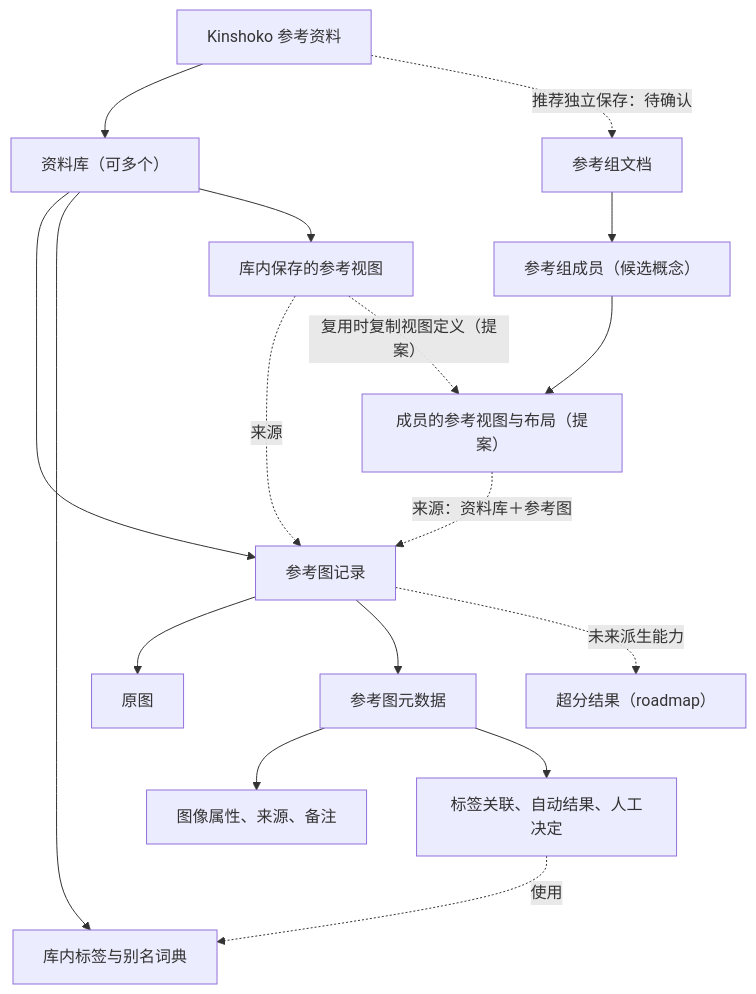
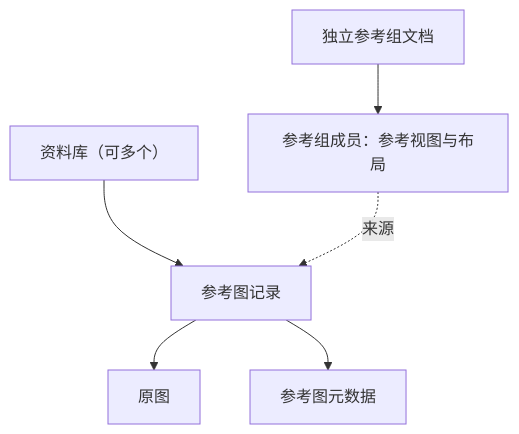
The diagram in docs/discovery/data-hierarchy.md (Yukk1No/kinshoko), drawn with Mermaid before and after one commit. The commit also changed other lines of this file and 4 other files, not shown here.

````diff
--- a/docs/discovery/data-hierarchy.md
+++ b/docs/discovery/data-hierarchy.md
@@ -19,19 +7,8 @@
 ```mermaid
 flowchart TB
-    K["Kinshoko 参考资料"] --> L["资料库（可多个）"]
-    L --> I["参考图记录"]
+    L["资料库（可多个）"] --> I["参考图记录"]
     I --> O["原图"]
     I --> M["参考图元数据"]
-    M --> A["图像属性、来源、备注"]
-    M --> T["标签关联、自动结果、人工决定"]
-    L --> D["库内标签与别名词典"]
-    T -. 使用 .-> D
-    L --> S["库内保存的参考视图"]
-    S -. 来源 .-> I
-    I -. "未来派生能力" .-> SR["超分结果（roadmap）"]
-    K -. "推荐独立保存：待确认" .-> G["参考组文档"]
-    G --> E["参考组成员（候选概念）"]
-    E --> V["成员的参考视图与布局（提案）"]
-    V -. "来源：资料库＋参考图" .-> I
-    S -. "复用时复制视图定义（提案）" .-> V
+    G["独立参考组文档"] --> V["参考组成员：参考视图与布局"]
+    V -. 来源 .-> I
 ```
````
